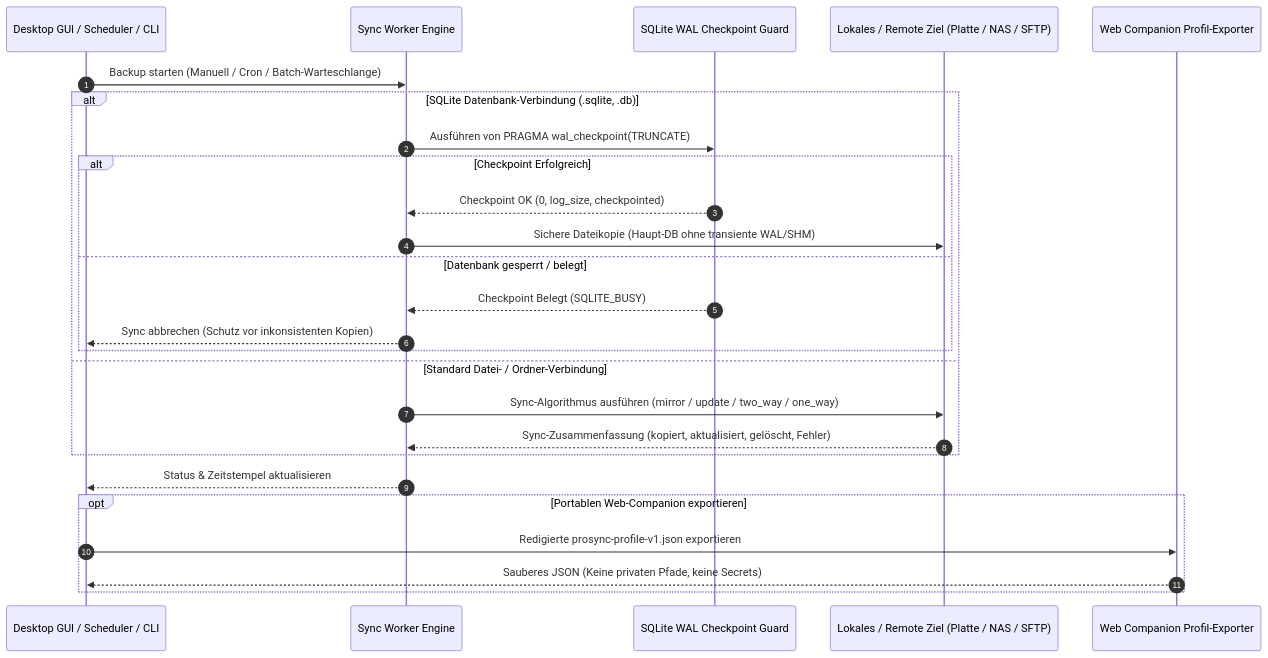
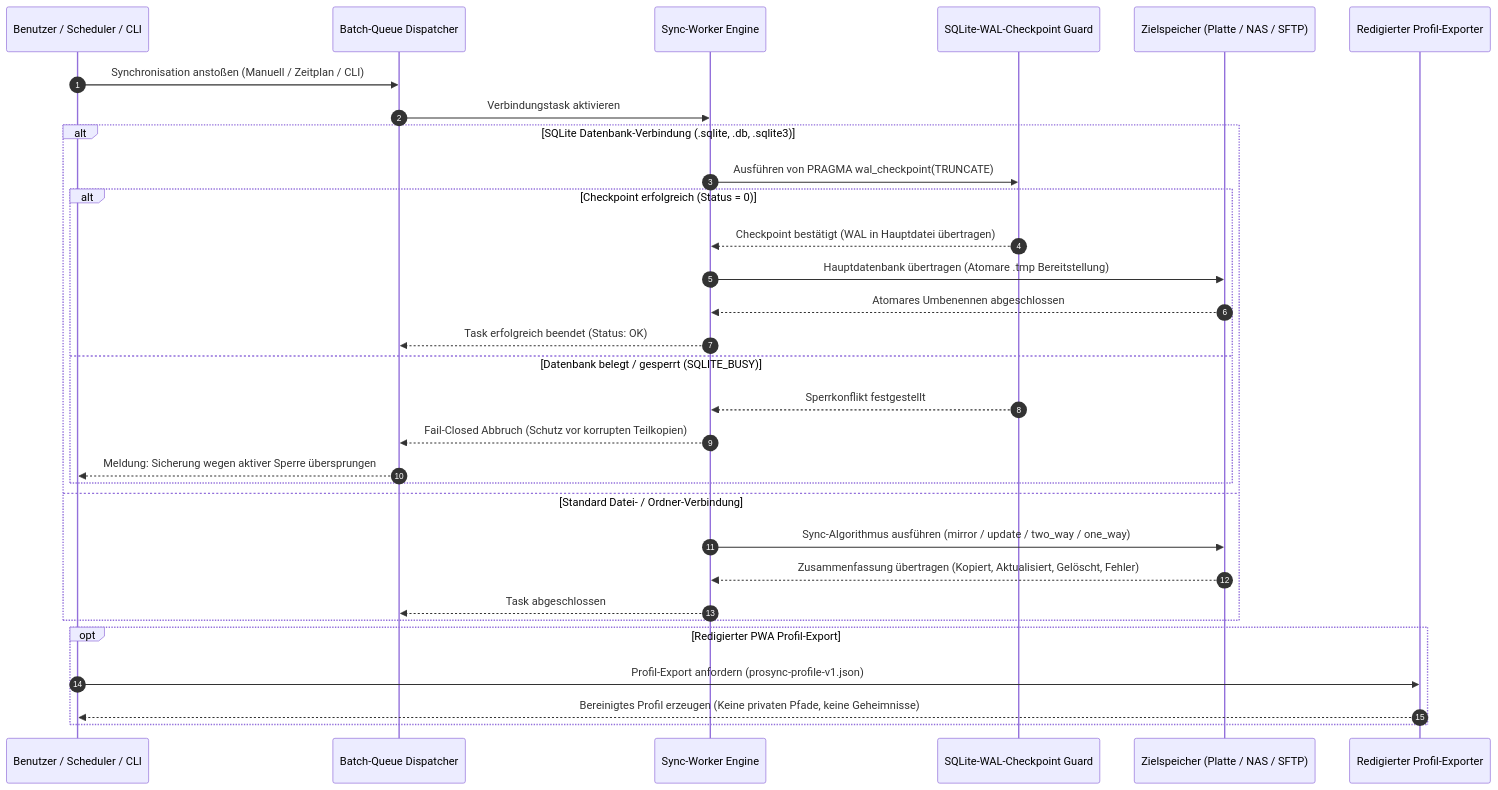
Before and after one commit to file-bricks/ProSync: the second of 2 diagrams in README_de.md, drawn with Mermaid. The commit also changed other lines of this file and 7 other files, not shown here.

Commit message:
chore(marketing): Pfad B discoverability, visual architecture, 18-point nav parity & metadata contract [G 2026-09-18]

````diff
--- a/README_de.md
+++ b/README_de.md
@@ -81,29 +257,34 @@
 ```mermaid
 sequenceDiagram
     autonumber
-    participant UI as Desktop GUI / Scheduler / CLI
-    participant Sync as Sync Worker Engine
-    participant DB as SQLite WAL Checkpoint Guard
-    participant FS as Lokales / Remote Ziel (Platte / NAS / SFTP)
-    participant Export as Web Companion Profil-Exporter
-    
-    UI->>Sync: Backup starten (Manuell / Cron / Batch-Warteschlange)
-    alt SQLite Datenbank-Verbindung (.sqlite, .db)
-        Sync->>DB: Ausführen von PRAGMA wal_checkpoint(TRUNCATE)
-        alt Checkpoint Erfolgreich
-            DB-->>Sync: Checkpoint OK (0, log_size, checkpointed)
-            Sync->>FS: Sichere Dateikopie (Haupt-DB ohne transiente WAL/SHM)
-        else Datenbank gesperrt / belegt
-            DB-->>Sync: Checkpoint Belegt (SQLITE_BUSY)
-            Sync-->>UI: Sync abbrechen (Schutz vor inkonsistenten Kopien)
+    participant U as Benutzer / Scheduler / CLI
+    participant Q as Batch-Queue Dispatcher
+    participant W as Sync-Worker Engine
+    participant G as SQLite-WAL-Checkpoint Guard
+    participant D as Zielspeicher (Platte / NAS / SFTP)
+    participant E as Redigierter Profil-Exporter
+
+    U->>Q: Synchronisation anstoßen (Manuell / Zeitplan / CLI)
+    Q->>W: Verbindungstask aktivieren
+    alt SQLite Datenbank-Verbindung (.sqlite, .db, .sqlite3)
+        W->>G: Ausführen von PRAGMA wal_checkpoint(TRUNCATE)
+        alt Checkpoint erfolgreich (Status = 0)
+            G-->>W: Checkpoint bestätigt (WAL in Hauptdatei übertragen)
+            W->>D: Hauptdatenbank übertragen (Atomare .tmp Bereitstellung)
+            D-->>W: Atomares Umbenennen abgeschlossen
+            W-->>Q: Task erfolgreich beendet (Status: OK)
+        else Datenbank belegt / gesperrt (SQLITE_BUSY)
+            G-->>W: Sperrkonflikt festgestellt
+            W-->>Q: Fail-Closed Abbruch (Schutz vor korrupten Teilkopien)
+            Q-->>U: Meldung: Sicherung wegen aktiver Sperre übersprungen
         end
     else Standard Datei- / Ordner-Verbindung
-        Sync->>FS: Sync-Algorithmus ausführen (mirror / update / two_way / one_way)
-        FS-->>Sync: Sync-Zusammenfassung (kopiert, aktualisiert, gelöscht, Fehler)
+        W->>D: Sync-Algorithmus ausführen (mirror / update / two_way / one_way)
+        D-->>W: Zusammenfassung übertragen (Kopiert, Aktualisiert, Gelöscht, Fehler)
+        W-->>Q: Task abgeschlossen
     end
-    Sync-->>UI: Status & Zeitstempel aktualisieren
-    opt Portablen Web-Companion exportieren
-        UI->>Export: Redigierte prosync-profile-v1.json exportieren
-        Export-->>UI: Sauberes JSON (Keine privaten Pfade, keine Secrets)
+    opt Redigierter PWA Profil-Export
+        U->>E: Profil-Export anfordern (prosync-profile-v1.json)
+        E-->>U: Bereinigtes Profil erzeugen (Keine privaten Pfade, keine Geheimnisse)
     end
 ```
````
